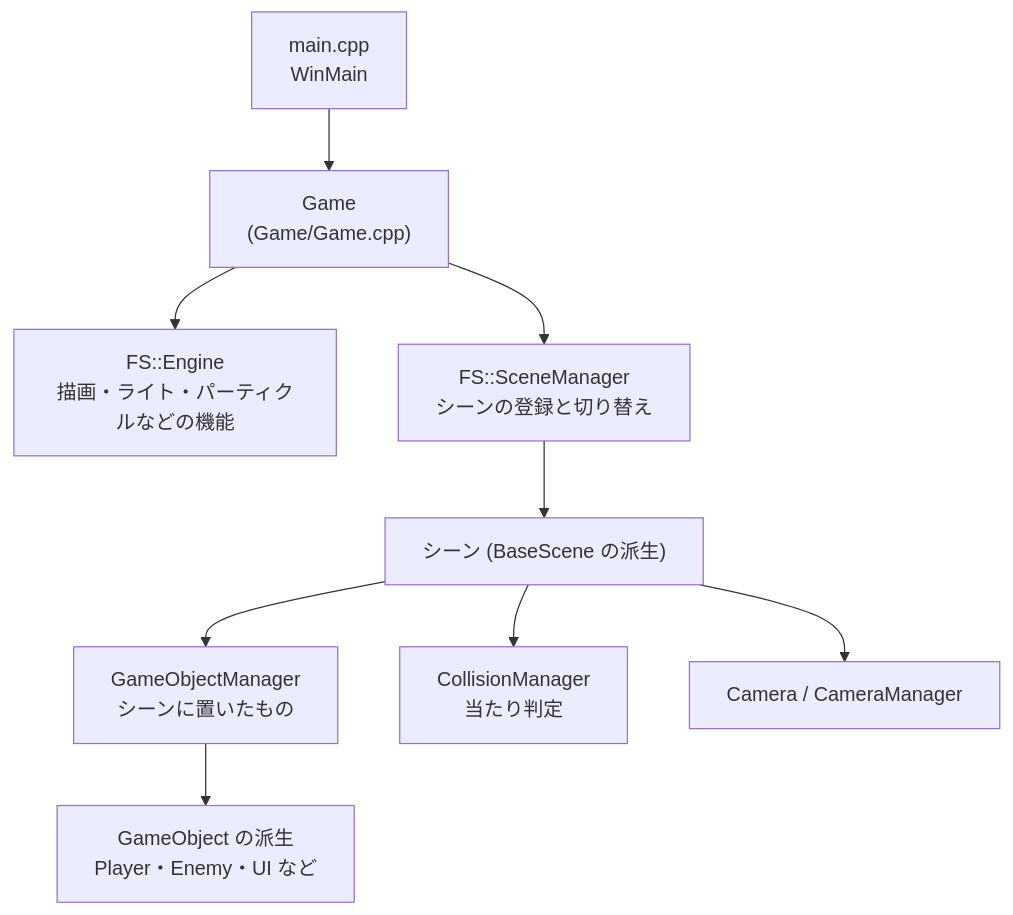
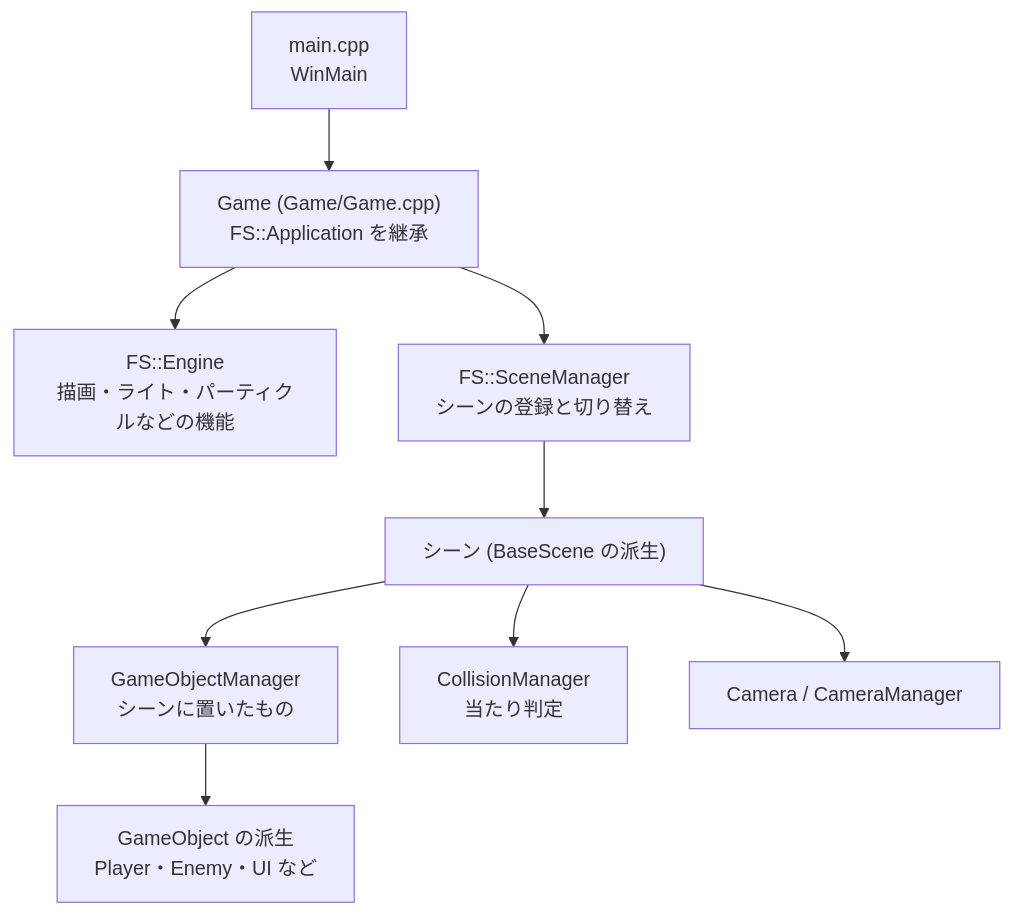
Before and after one commit to so1218/FROM-SOHEWARE: the first of 2 diagrams in docs/concepts/architecture.md, drawn with Mermaid. The commit also changed other lines of this file and 45 other files, not shown here.

````diff
--- a/docs/concepts/architecture.md
+++ b/docs/concepts/architecture.md
@@ -5,11 +5,11 @@
 ```mermaid
 flowchart TD
-    Main["main.cpp<br/>WinMain"] --> Game["Game<br/>(Game/Game.cpp)"]
+    Main["main.cpp<br/>WinMain"] --> Game["Game (Game/Game.cpp)<br/>FS::Application を継承"]
     Game --> Engine["FS::Engine<br/>描画・ライト・パーティクルなどの機能"]
     Game --> SM["FS::SceneManager<br/>シーンの登録と切り替え"]
     SM --> Scene["シーン (BaseScene の派生)"]
     Scene --> OM["GameObjectManager<br/>シーンに置いたもの"]
     Scene --> CM["CollisionManager<br/>当たり判定"]
     Scene --> Cam["Camera / CameraManager"]
     OM --> GO["GameObject の派生<br/>Player・Enemy・UI など"]
 ```
````
